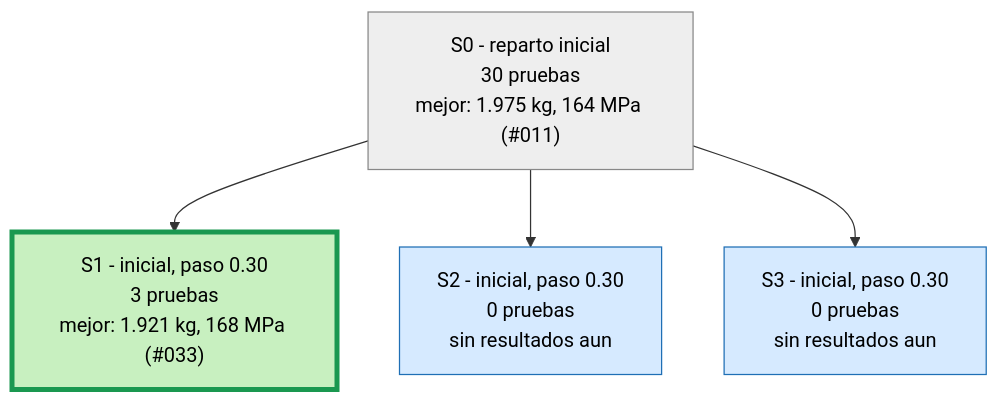
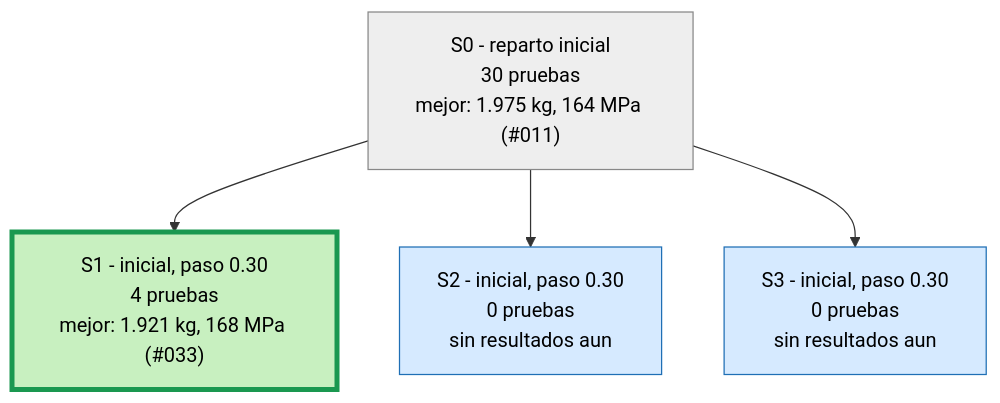
One commit to Hugiko/msd-soporte-optimizacion changed the first of 4 diagrams in runs/opt_37800N/ARBOL.md. Above: the diagram before and after it, drawn with Mermaid. The commit also changed 42 other files, not shown here.

````diff
--- a/runs/opt_37800N/ARBOL.md
+++ b/runs/opt_37800N/ARBOL.md
@@ -9,13 +9,13 @@
 ```mermaid
 graph TD
 classDef activa fill:#d6eaff,stroke:#1f6fb5,color:#000
 classDef fin fill:#eeeeee,stroke:#888,color:#000
 classDef mejor fill:#c8f0c0,stroke:#1a9850,stroke-width:4px,color:#000
 S0["S0 - reparto inicial<br/>30 pruebas<br/>mejor: 1.975 kg, 164 MPa (#011)"]:::fin
-S1["S1 - inicial, paso 0.30<br/>3 pruebas<br/>mejor: 1.921 kg, 168 MPa (#033)"]:::mejor
+S1["S1 - inicial, paso 0.30<br/>4 pruebas<br/>mejor: 1.921 kg, 168 MPa (#033)"]:::mejor
 S0 --> S1
 S2["S2 - inicial, paso 0.30<br/>0 pruebas<br/>sin resultados aun"]:::activa
 S0 --> S2
 S3["S3 - inicial, paso 0.30<br/>0 pruebas<br/>sin resultados aun"]:::activa
 S0 --> S3
 ```
````
